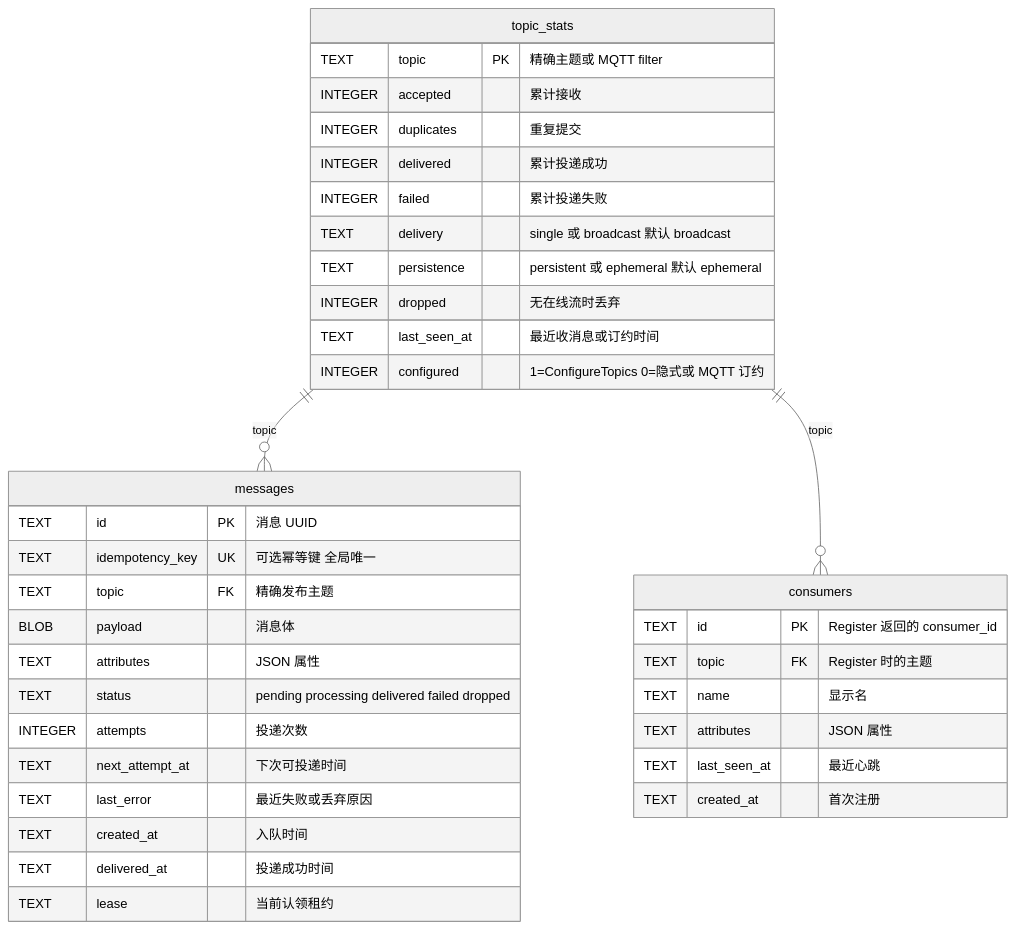
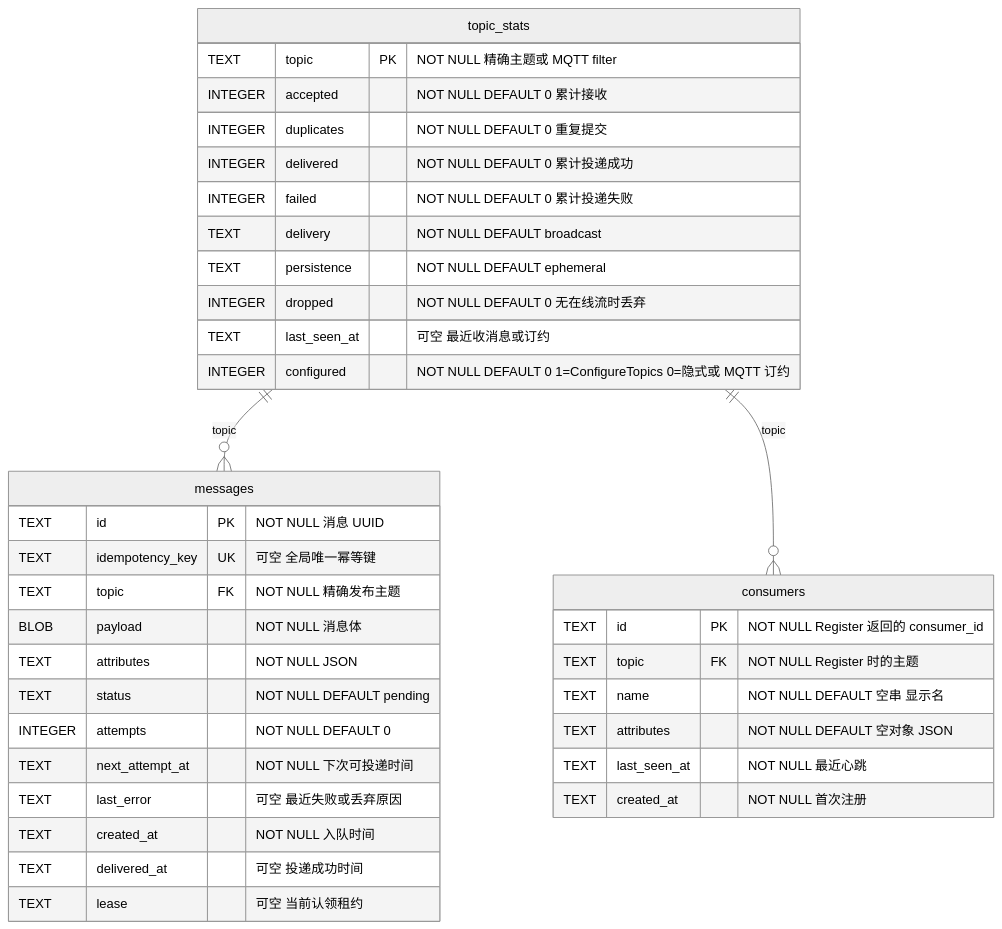
Before and after one commit to zhangjianshe/cangling-broker: the diagram in README.md, drawn with Mermaid (neutral theme). The commit also changed other lines of this file, not shown here.

Commit message:
消息允许一定时间进行删除

````diff
--- a/README.md
+++ b/README.md
@@ -325,42 +325,42 @@
 ```mermaid
 erDiagram
     topic_stats ||--o{ messages : "topic"
     topic_stats ||--o{ consumers : "topic"
 
     topic_stats {
-        TEXT topic PK "精确主题或 MQTT filter"
-        INTEGER accepted "累计接收"
-        INTEGER duplicates "重复提交"
-        INTEGER delivered "累计投递成功"
-        INTEGER failed "累计投递失败"
-        TEXT delivery "single 或 broadcast 默认 broadcast"
-        TEXT persistence "persistent 或 ephemeral 默认 ephemeral"
-        INTEGER dropped "无在线流时丢弃"
-        TEXT last_seen_at "最近收消息或订约时间"
-        INTEGER configured "1=ConfigureTopics 0=隐式或 MQTT 订约"
+        TEXT topic PK "NOT NULL 精确主题或 MQTT filter"
+        INTEGER accepted "NOT NULL DEFAULT 0 累计接收"
+        INTEGER duplicates "NOT NULL DEFAULT 0 重复提交"
+        INTEGER delivered "NOT NULL DEFAULT 0 累计投递成功"
+        INTEGER failed "NOT NULL DEFAULT 0 累计投递失败"
+        TEXT delivery "NOT NULL DEFAULT broadcast"
+        TEXT persistence "NOT NULL DEFAULT ephemeral"
+        INTEGER dropped "NOT NULL DEFAULT 0 无在线流时丢弃"
+        TEXT last_seen_at "可空 最近收消息或订约"
+        INTEGER configured "NOT NULL DEFAULT 0 1=ConfigureTopics 0=隐式或 MQTT 订约"
     }
 
     messages {
-        TEXT id PK "消息 UUID"
-        TEXT idempotency_key UK "可选幂等键 全局唯一"
-        TEXT topic FK "精确发布主题"
-        BLOB payload "消息体"
-        TEXT attributes "JSON 属性"
-        TEXT status "pending processing delivered failed dropped"
-        INTEGER attempts "投递次数"
-        TEXT next_attempt_at "下次可投递时间"
-        TEXT last_error "最近失败或丢弃原因"
-        TEXT created_at "入队时间"
-        TEXT delivered_at "投递成功时间"
-        TEXT lease "当前认领租约"
+        TEXT id PK "NOT NULL 消息 UUID"
+        TEXT idempotency_key UK "可空 全局唯一幂等键"
+        TEXT topic FK "NOT NULL 精确发布主题"
+        BLOB payload "NOT NULL 消息体"
+        TEXT attributes "NOT NULL JSON"
+        TEXT status "NOT NULL DEFAULT pending"
+        INTEGER attempts "NOT NULL DEFAULT 0"
+        TEXT next_attempt_at "NOT NULL 下次可投递时间"
+        TEXT last_error "可空 最近失败或丢弃原因"
+        TEXT created_at "NOT NULL 入队时间"
+        TEXT delivered_at "可空 投递成功时间"
+        TEXT lease "可空 当前认领租约"
     }
 
     consumers {
-        TEXT id PK "Register 返回的 consumer_id"
-        TEXT topic FK "Register 时的主题"
-        TEXT name "显示名"
-        TEXT attributes "JSON 属性"
-        TEXT last_seen_at "最近心跳"
-        TEXT created_at "首次注册"
+        TEXT id PK "NOT NULL Register 返回的 consumer_id"
+        TEXT topic FK "NOT NULL Register 时的主题"
+        TEXT name "NOT NULL DEFAULT 空串 显示名"
+        TEXT attributes "NOT NULL DEFAULT 空对象 JSON"
+        TEXT last_seen_at "NOT NULL 最近心跳"
+        TEXT created_at "NOT NULL 首次注册"
     }
 ```
````
